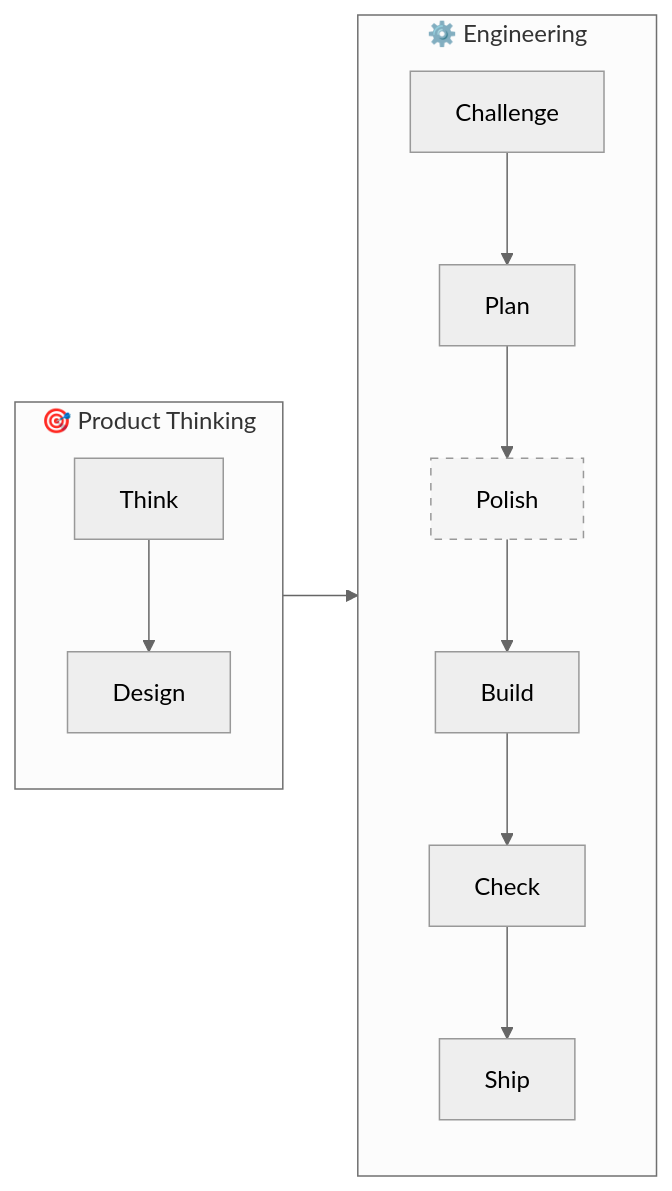
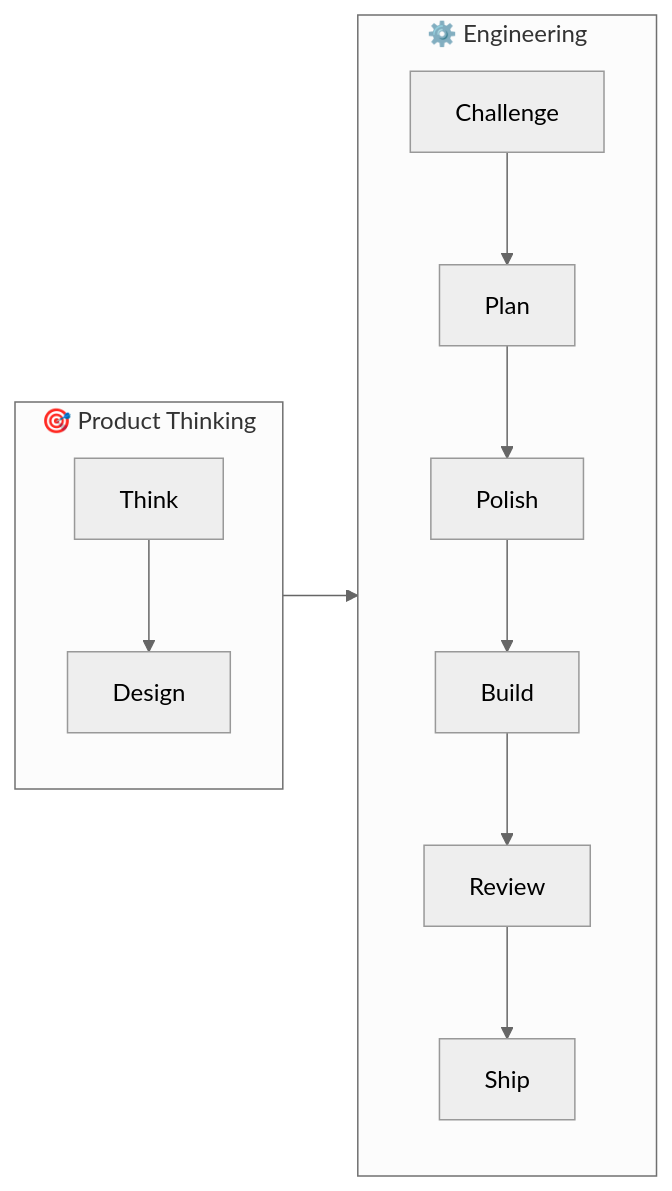
Before and after one commit to jrmoore-git/claude-build-os: the first of 4 diagrams in README.md, drawn with Mermaid (neutral theme). The commit also changed 1 other file, not shown here.

Commit message:
Fix mermaid diagram (Check→Review, remove Polish special style) + add document-review routing
- Polish node no longer has dashed/white style — matches all other nodes
- Check→Review in pipeline diagram
- /review now auto-detects content type: code diffs get PM/Security/Architecture
  personas, non-code documents get cross-model refinement (no personas)
- Document review uses debate.py refine (3 rounds) instead of persona-based
  challenge — appropriate for strategies, designs, and explore outputs

````diff
--- a/README.md
+++ b/README.md
@@ -25,18 +25,16 @@
 ```mermaid
 flowchart LR
     subgraph Product["🎯 Product Thinking"]
         direction TB
         A[Think] --> B[Design]
     end
     subgraph Engineering["⚙️ Engineering"]
         direction TB
         C[Challenge] --> D[Plan]
         D --> E[Polish]
         E --> F[Build]
-        F --> G[Check]
+        F --> G[Review]
         G --> H[Ship]
     end
     Product --> Engineering
-
-    style E fill:#f5f5f5,stroke:#999,stroke-dasharray: 5 5
 ```
````
